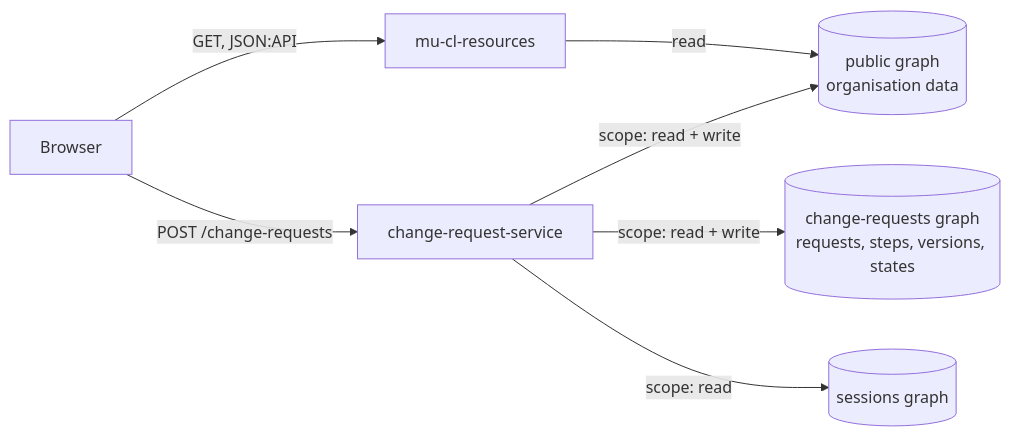
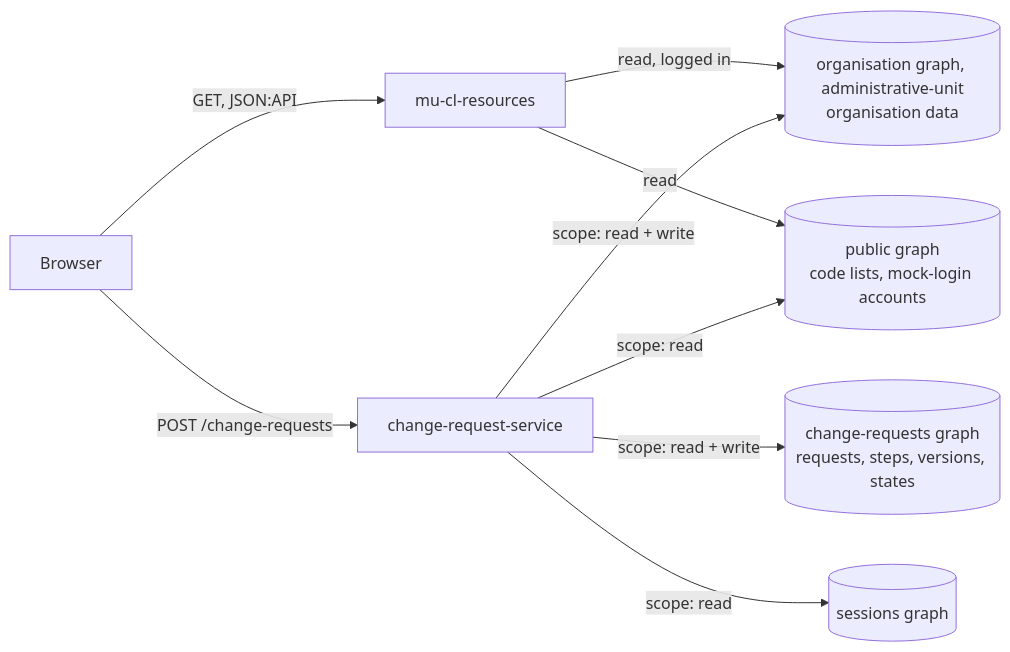
Before and after one commit to lblod/change-request-service: the fifth of 5 diagrams in README.md, drawn with Mermaid. The commit also changed other lines of this file and 5 other files, not shown here.

Commit message:
RVS-37: use the organisation graph in the e2e script and the docs

````diff
--- a/README.md
+++ b/README.md
@@ -222,9 +222,11 @@
 ```mermaid
 flowchart LR
   Browser -->|GET, JSON:API| Resources[mu-cl-resources]
   Browser -->|POST /change-requests| Service[change-request-service]
-  Resources -->|read| Public[("public graph<br/>organisation data")]
-  Service -->|scope: read + write| Public
+  Resources -->|read, logged in| Orgs[("organisation graph, administrative-unit<br/>organisation data")]
+  Resources -->|read| Public[("public graph<br/>code lists, mock-login accounts")]
+  Service -->|scope: read + write| Orgs
+  Service -->|scope: read| Public
   Service -->|scope: read + write| CR[("change-requests graph<br/>requests, steps, versions, states")]
   Service -->|scope: read| Sessions[("sessions graph")]
 ```
````
